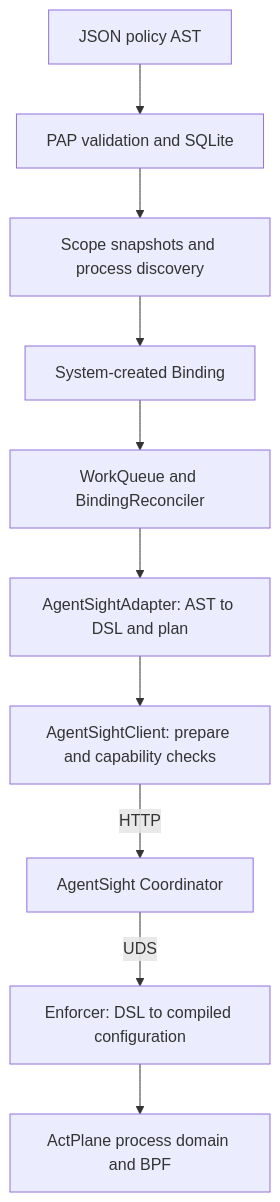
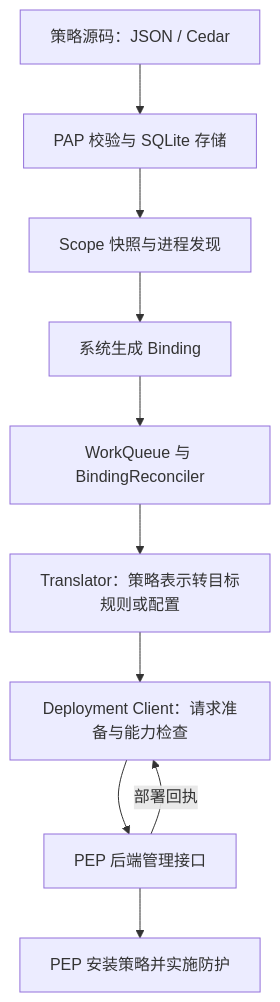
One commit to agentic-os-org/ANOLISA changed the diagram in src/agent-sec-core/docs/design/POLICY_FRONTEND_AST_AND_TRANSLATION_zh.md. Above: the diagram before and after it, drawn with Mermaid. The commit also changed other lines of this file and 11 other files, not shown here.

````diff
--- a/src/agent-sec-core/docs/design/POLICY_FRONTEND_AST_AND_TRANSLATION_zh.md
+++ b/src/agent-sec-core/docs/design/POLICY_FRONTEND_AST_AND_TRANSLATION_zh.md
@@ -173,12 +152,12 @@
 ```mermaid
 flowchart TD
-    A[JSON policy AST] --> B[PAP validation and SQLite]
-    B --> C[Scope snapshots and process discovery]
-    C --> D[System-created Binding]
-    D --> E[WorkQueue and BindingReconciler]
-    E --> F[AgentSightAdapter: AST to DSL and plan]
-    F --> G[AgentSightClient: prepare and capability checks]
-    G -->|HTTP| H[AgentSight Coordinator]
-    H -->|UDS| I[Enforcer: DSL to compiled configuration]
-    I --> J[ActPlane process domain and BPF]
+    A[策略源码：JSON / Cedar] --> B[PAP 校验与 SQLite 存储]
+    B --> C[Scope 快照与进程发现]
+    C --> D[系统生成 Binding]
+    D --> E[WorkQueue 与 BindingReconciler]
+    E --> F[Translator：策略表示转目标规则或配置]
+    F --> G[Deployment Client：请求准备与能力检查]
+    G --> H[PEP 后端管理接口]
+    H --> I[PEP 安装策略并实施防护]
+    H -->|部署回执| G
 ```
````
